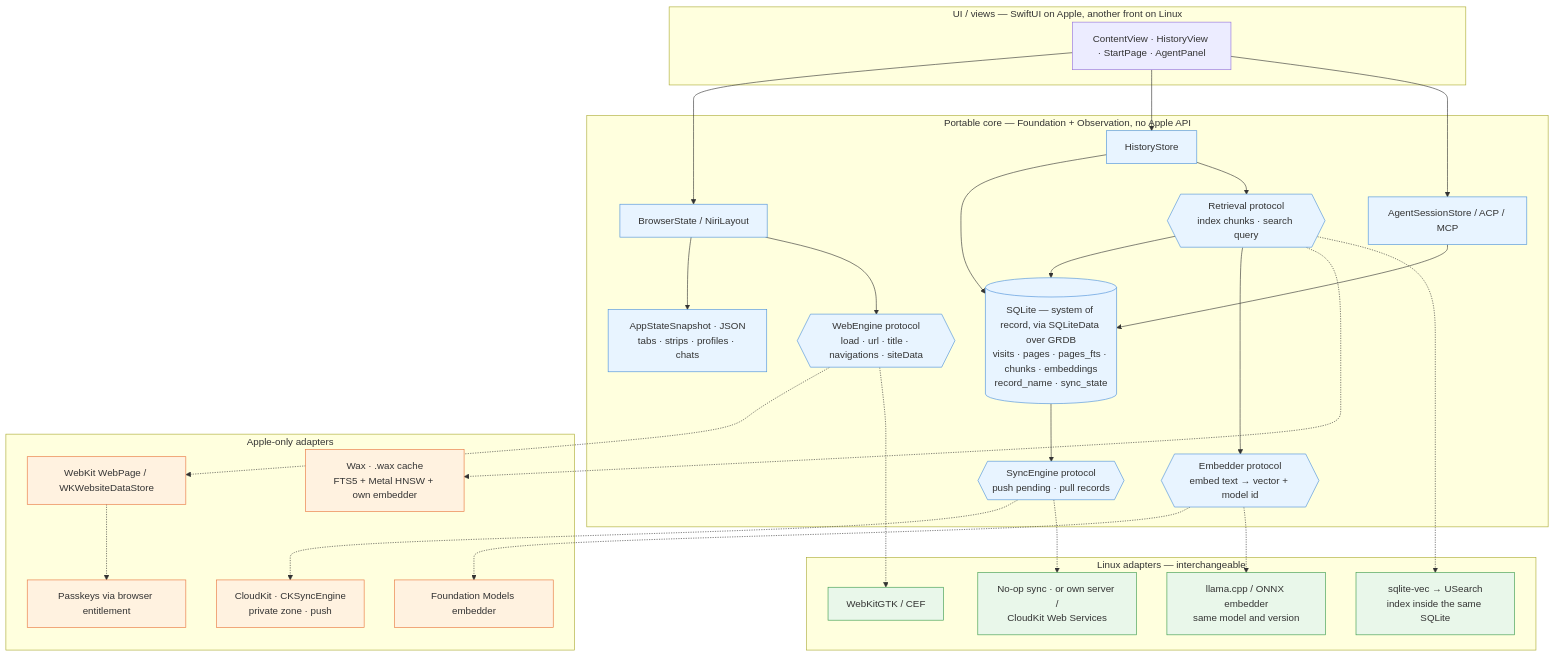
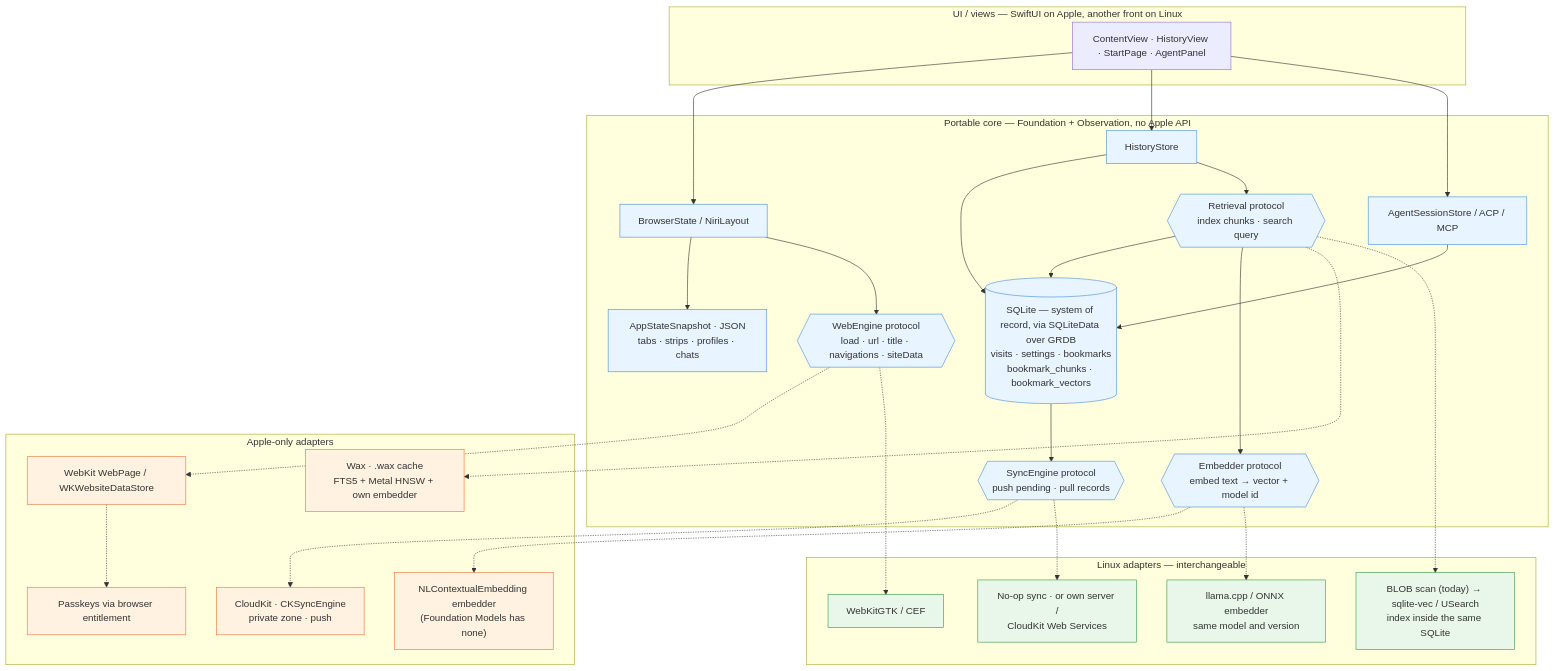
One commit to artipop/six changed the diagram in docs/storage.md. Above: the diagram before and after it, drawn with Mermaid. The commit also changed other lines of this file and 4 other files, not shown here.

````diff
--- a/docs/storage.md
+++ b/docs/storage.md
@@ -7,74 +7,75 @@
 ```mermaid
 flowchart TB
     subgraph UI["UI / views — SwiftUI on Apple, another front on Linux"]
         Views["ContentView · HistoryView · StartPage · AgentPanel"]
     end
 
     subgraph Core["Portable core — Foundation + Observation, no Apple API"]
         BS["BrowserState / NiriLayout"]
         HS["HistoryStore"]
         AS["AgentSessionStore / ACP / MCP"]
         Snap["AppStateSnapshot · JSON
 tabs · strips · profiles · chats"]
         DB[("SQLite — system of record, via SQLiteData over GRDB
-visits · pages · pages_fts · chunks · embeddings
-record_name · sync_state")]
+visits · settings · bookmarks
+bookmark_chunks · bookmark_vectors")]
         RET{{"Retrieval protocol
 index chunks · search query"}}
         EMB{{"Embedder protocol
 embed text → vector + model id"}}
         SYNC{{"SyncEngine protocol
 push pending · pull records"}}
         WEB{{"WebEngine protocol
 load · url · title · navigations · siteData"}}
     end
 
     subgraph Apple["Apple-only adapters"]
         WK["WebKit WebPage / WKWebsiteDataStore"]
-        FM["Foundation Models embedder"]
+        FM["NLContextualEmbedding embedder
+(Foundation Models has none)"]
         WAX["Wax · .wax cache
 FTS5 + Metal HNSW + own embedder"]
         CK["CloudKit · CKSyncEngine
 private zone · push"]
         PK["Passkeys via browser entitlement"]
     end
 
     subgraph Linux["Linux adapters — interchangeable"]
         WKGTK["WebKitGTK / CEF"]
         LEMB["llama.cpp / ONNX embedder
 same model and version"]
-        VEC["sqlite-vec → USearch
+        VEC["BLOB scan (today) → sqlite-vec / USearch
 index inside the same SQLite"]
         NOSYNC["No-op sync · or own server /
 CloudKit Web Services"]
     end
 
     Views --> BS
     Views --> HS
     Views --> AS
     BS --> Snap
     BS --> WEB
     HS --> DB
     AS --> DB
     HS --> RET
     RET --> DB
     RET --> EMB
     DB --> SYNC
 
     WEB -.-> WK
     WEB -.-> WKGTK
     EMB -.-> FM
     EMB -.-> LEMB
     RET -.-> WAX
     RET -.-> VEC
     SYNC -.-> CK
     SYNC -.-> NOSYNC
     WK -.-> PK
 
     classDef port fill:#e8f4ff,stroke:#4a90d9
     classDef apple fill:#fff2e0,stroke:#e8743b
     classDef linux fill:#e9f7ea,stroke:#3a9a4a
     class Snap,DB,RET,EMB,SYNC,WEB,BS,HS,AS port
     class WK,FM,WAX,CK,PK apple
     class WKGTK,LEMB,VEC,NOSYNC linux
 ```
````
